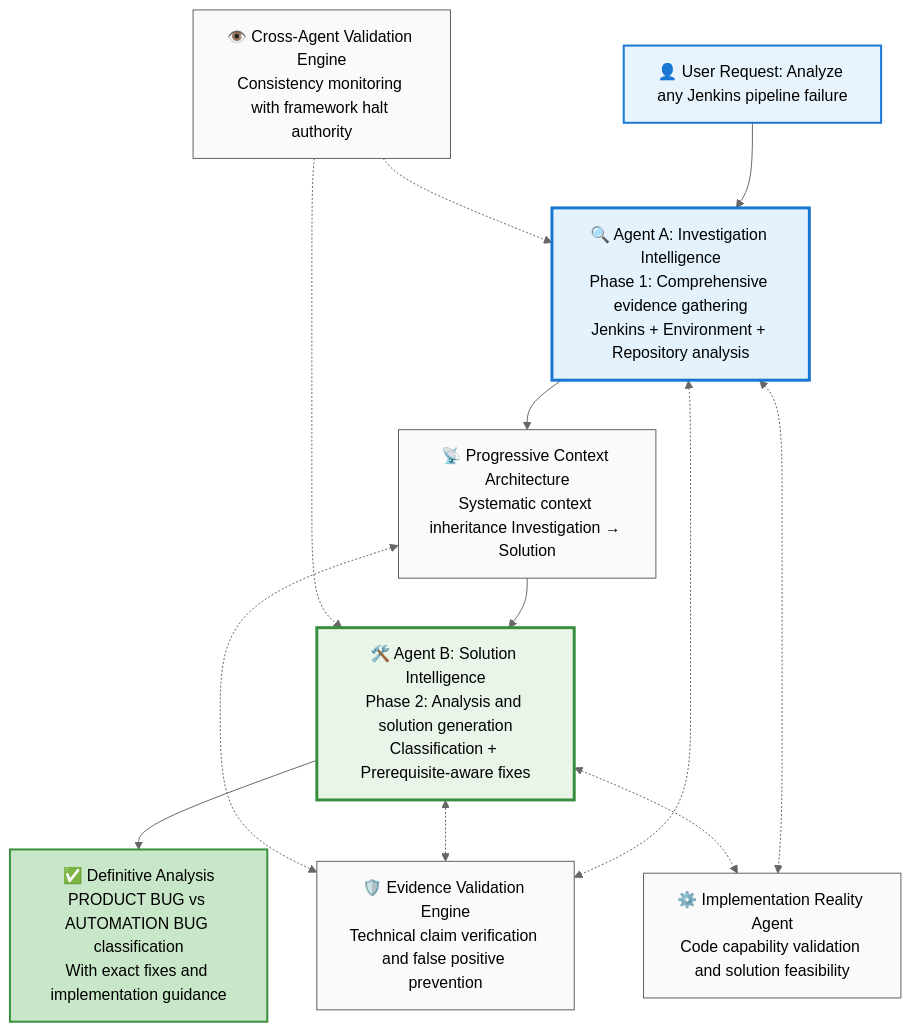
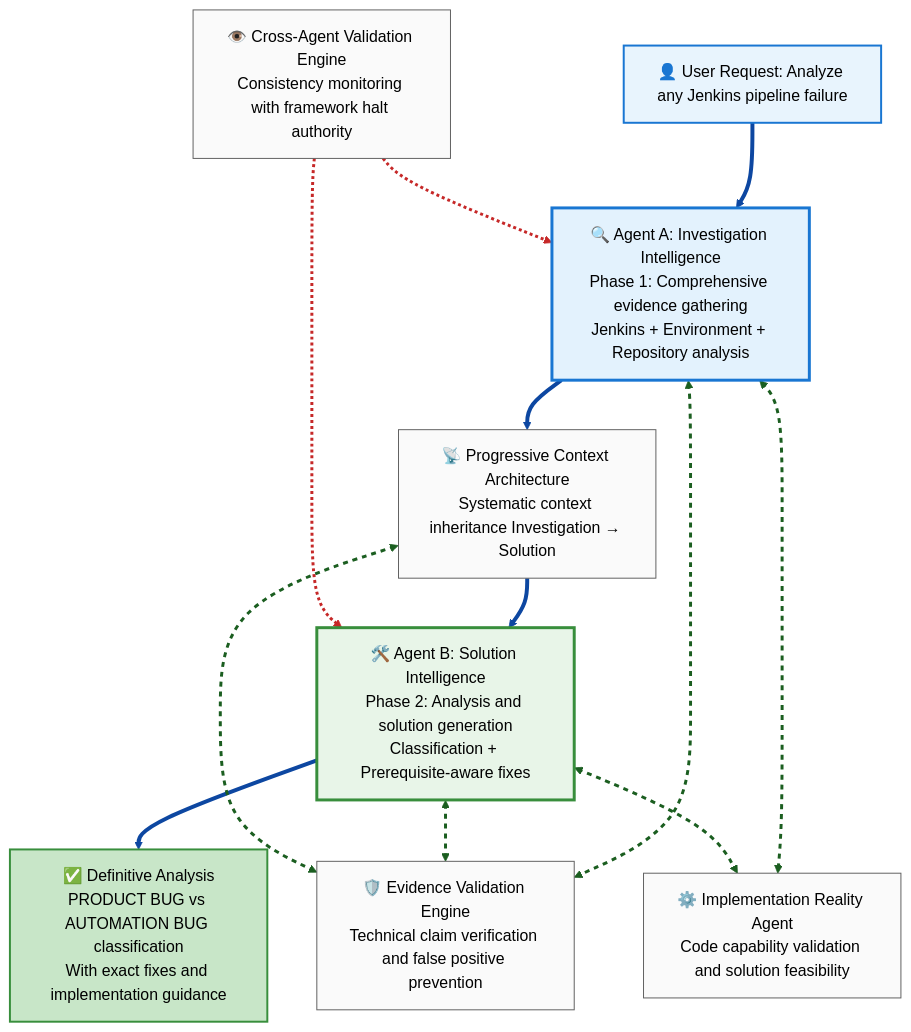
One commit to stolostron/ai-test-gen changed the first of 2 diagrams in apps/z-stream-analysis/docs/agents_concepts_workflow.md. Above: the diagram before and after it, drawn with Mermaid (neutral theme). The commit also changed other lines of this file and 36 other files, not shown here.

````diff
--- a/apps/z-stream-analysis/docs/agents_concepts_workflow.md
+++ b/apps/z-stream-analysis/docs/agents_concepts_workflow.md
@@ -38,54 +38,74 @@
 ```mermaid
 flowchart TB
     %% User Input
     START[👤 User Request: Analyze any Jenkins pipeline failure]
     
     %% Phase 1: Investigation Intelligence Agent
     AGENT_A[🔍 Agent A: Investigation Intelligence<br/>Phase 1: Comprehensive evidence gathering<br/>Jenkins + Environment + Repository analysis]
     
     %% Progressive Context Architecture
     CONTEXT_ARCHITECTURE[📡 Progressive Context Architecture<br/>Systematic context inheritance Investigation → Solution]
     
     %% Phase 2: Solution Intelligence Agent  
     AGENT_B[🛠️ Agent B: Solution Intelligence<br/>Phase 2: Analysis and solution generation<br/>Classification + Prerequisite-aware fixes]
     
     %% AI Services Supporting the Framework
     VALIDATION_SERVICE[🛡️ Evidence Validation Engine<br/>Technical claim verification and false positive prevention]
     IMPLEMENTATION_AGENT[⚙️ Implementation Reality Agent<br/>Code capability validation and solution feasibility]
     CROSS_VALIDATION[👁️ Cross-Agent Validation Engine<br/>Consistency monitoring with framework halt authority]
     
     %% Final Result
     FINAL[✅ Definitive Analysis<br/>PRODUCT BUG vs AUTOMATION BUG classification<br/>With exact fixes and implementation guidance]
     
     %% Main Agent Flow
     START --> AGENT_A
     AGENT_A --> CONTEXT_ARCHITECTURE
     CONTEXT_ARCHITECTURE --> AGENT_B
     AGENT_B --> FINAL
     
     %% Supporting Service Connections
     AGENT_A <-.-> VALIDATION_SERVICE
     AGENT_B <-.-> VALIDATION_SERVICE
     
     AGENT_A <-.-> IMPLEMENTATION_AGENT
     AGENT_B <-.-> IMPLEMENTATION_AGENT
     
     CROSS_VALIDATION -.-> AGENT_A
     CROSS_VALIDATION -.-> AGENT_B
     
     CONTEXT_ARCHITECTURE <-.-> VALIDATION_SERVICE
     
+    %% === ARROW STYLING FOR VISIBILITY ===
+    %% Main flow - thick dark blue
+    linkStyle 0 stroke:#0d47a1,stroke-width:4px
+    linkStyle 1 stroke:#0d47a1,stroke-width:4px
+    linkStyle 2 stroke:#0d47a1,stroke-width:4px
+    linkStyle 3 stroke:#0d47a1,stroke-width:4px
+    
+    %% Validation services - thick green dotted
+    linkStyle 4 stroke:#1b5e20,stroke-width:3px,stroke-dasharray: 5 5
+    linkStyle 5 stroke:#1b5e20,stroke-width:3px,stroke-dasharray: 5 5
+    linkStyle 6 stroke:#1b5e20,stroke-width:3px,stroke-dasharray: 5 5
+    linkStyle 7 stroke:#1b5e20,stroke-width:3px,stroke-dasharray: 5 5
+    
+    %% Cross validation - bold red dashed
+    linkStyle 8 stroke:#c62828,stroke-width:3px,stroke-dasharray: 3 3
+    linkStyle 9 stroke:#c62828,stroke-width:3px,stroke-dasharray: 3 3
+    
+    %% Context architecture - thick green dotted
+    linkStyle 10 stroke:#1b5e20,stroke-width:3px,stroke-dasharray: 5 5
+    
     %% Clear 2-Agent Styling
     style AGENT_A fill:#e3f2fd,stroke:#1976d2,stroke-width:3px,color:#000
     style AGENT_B fill:#e8f5e8,stroke:#388e3c,stroke-width:3px,color:#000
     
     %% AI Services Styling (clearly distinct)
     style CONTEXT_ARCHITECTURE fill:#fafafa,stroke:#616161,stroke-width:1px,color:#000
     style VALIDATION_SERVICE fill:#fafafa,stroke:#616161,stroke-width:1px,color:#000
     style IMPLEMENTATION_AGENT fill:#fafafa,stroke:#616161,stroke-width:1px,color:#000
     style CROSS_VALIDATION fill:#fafafa,stroke:#616161,stroke-width:1px,color:#000
     
     %% Special Styling
     style START fill:#e8f4fd,stroke:#1976d2,stroke-width:2px,color:#000
     style FINAL fill:#c8e6c8,stroke:#388e3c,stroke-width:2px,color:#000
 ```
````
